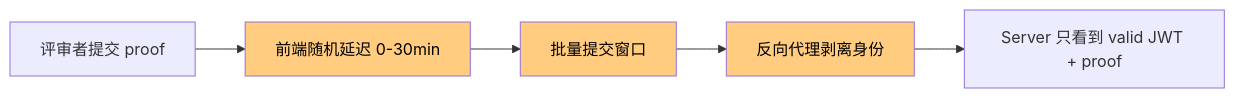
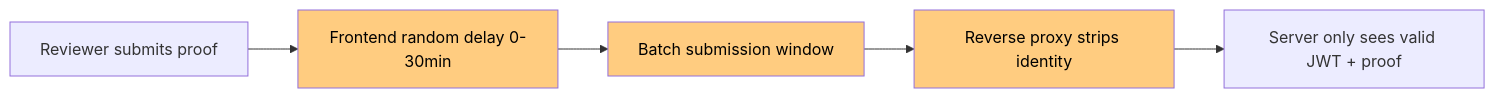
Before and after one commit to stars-labs/cryptograph-onboarding-trainning: the fifth of 9 diagrams in docs/project/zkp-360-review.mdx, drawn with Mermaid. The commit also changed other lines of this file and 15 other files, not shown here.

````diff
--- a/docs/project/zkp-360-review.mdx
+++ b/docs/project/zkp-360-review.mdx
@@ -857,11 +857,11 @@
 ```mermaid
 flowchart LR
-    A[评审者提交 proof] --> B[前端随机延迟 0-30min]
-    B --> C[批量提交窗口]
-    C --> D[反向代理剥离身份]
-    D --> E[Server 只看到 valid JWT + proof]
+    A[Reviewer submits proof] --> B[Frontend random delay 0-30min]
+    B --> C[Batch submission window]
+    C --> D[Reverse proxy strips identity]
+    D --> E[Server only sees valid JWT + proof]
 
     style B fill:#ffcc80,color:#000
     style C fill:#ffcc80,color:#000
     style D fill:#ffcc80,color:#000
 ```
````
